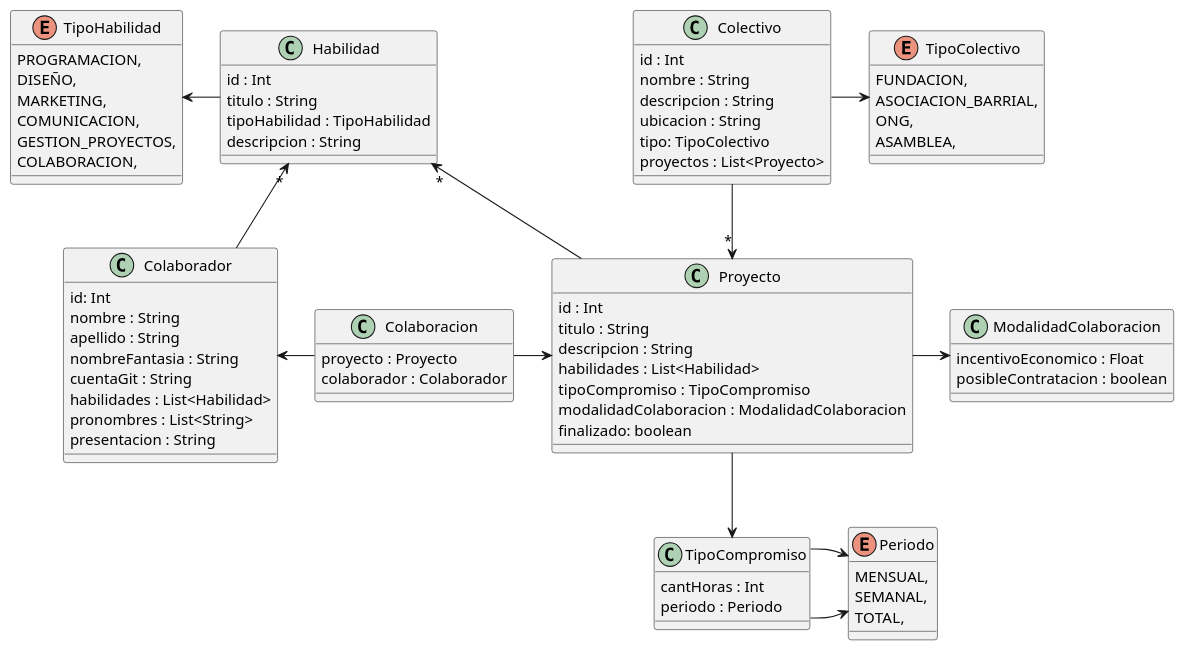
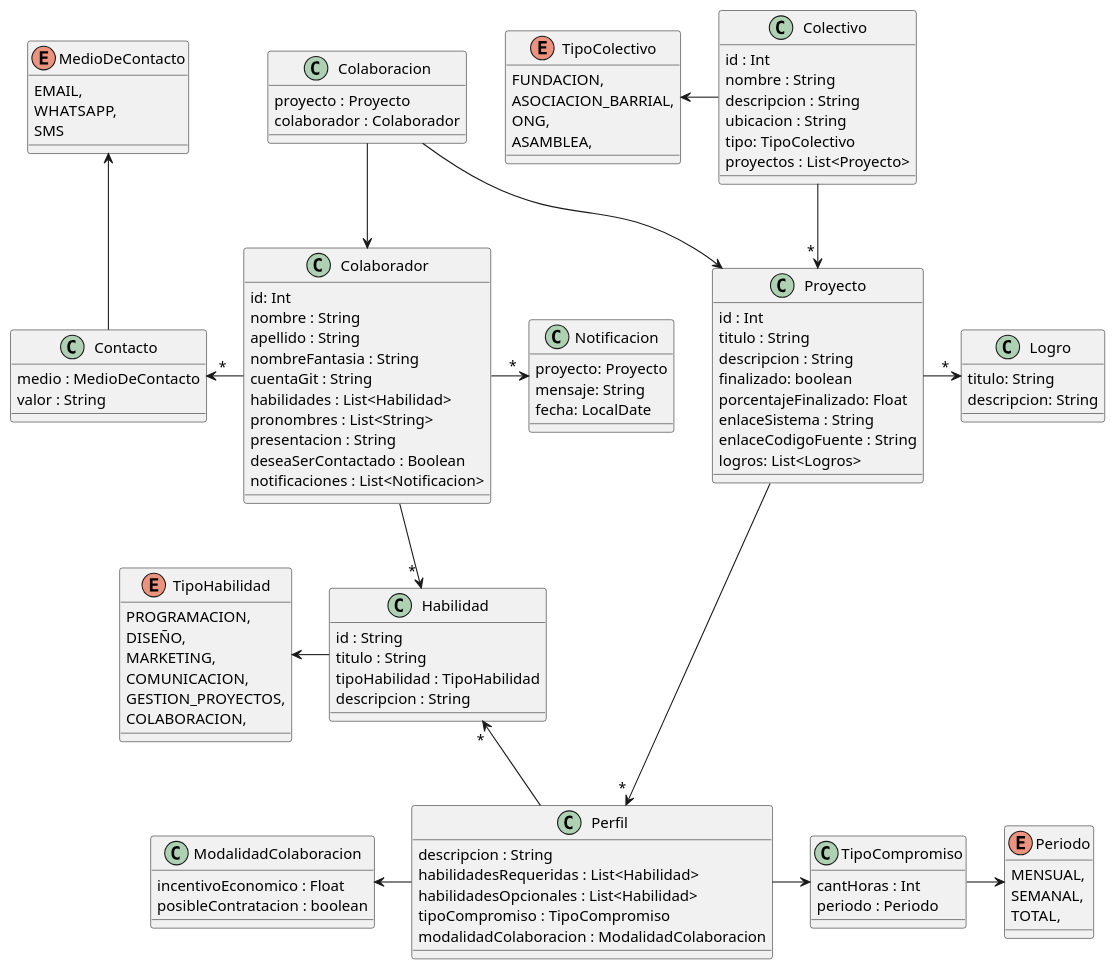
One commit to luchoetapia/tp_ddso_grupo_4 changed the diagram in diagramaDeClases.puml. Above: the diagram before and after it, drawn with PlantUML.

Commit message:
Feat: Agrego cambios del dominio de la Entrega 2 al Diagrama de clases

```diff
--- a/diagramaDeClases.puml
+++ b/diagramaDeClases.puml
@@ -1,92 +1,135 @@
 @startuml
 
 class Colectivo {
 id : Int
 nombre : String
 descripcion : String
 ubicacion : String
 tipo: TipoColectivo
 proyectos : List<Proyecto>
 }
 
+'(Fran): Aca sacaría el finalizado y le dejearía el porcentaje solo.
 class Proyecto {
 id : Int 
 titulo : String
 descripcion : String
-habilidades : List<Habilidad>
+finalizado: boolean
+porcentajeFinalizado: Float
+enlaceSistema : String
+enlaceCodigoFuente : String
+logros: List<Logros>
+}
+
+'(Fran): No estoy seguro que mas agregarle a los logros, consultar.
+class Logro {
+titulo: String
+descripcion: String
+}
+
+class Perfil {
+descripcion : String
+habilidadesRequeridas : List<Habilidad>
+habilidadesOpcionales : List<Habilidad>
 tipoCompromiso : TipoCompromiso
 modalidadColaboracion : ModalidadColaboracion
-finalizado: boolean
 }
 
 class TipoCompromiso {
 cantHoras : Int
 periodo : Periodo
 }
 
+' Cambio el id a String, porque el enunciado dice que es el titulo normalizado.
 class Habilidad {
-id : Int
+id : String
 titulo : String
 tipoHabilidad : TipoHabilidad
 descripcion : String
 }
 
 class Colaborador{
 id: Int
 nombre : String
 apellido : String
 nombreFantasia : String
 cuentaGit : String
 habilidades : List<Habilidad>
 pronombres : List<String>
 presentacion : String
+deseaSerContactado : Boolean
+notificaciones : List<Notificacion>
+}
+
+class Contacto {
+medio : MedioDeContacto
+valor : String
+}
+
+enum MedioDeContacto {
+EMAIL,
+WHATSAPP,
+SMS
+}
+
+class Notificacion {
+proyecto: Proyecto
+mensaje: String
+fecha: LocalDate
 }
 
 class Colaboracion {
 proyecto : Proyecto
 colaborador : Colaborador
 }
 
 class ModalidadColaboracion {
 incentivoEconomico : Float
 posibleContratacion : boolean
 }
 
 enum TipoColectivo {
 FUNDACION, 
 ASOCIACION_BARRIAL, 
 ONG, 
 ASAMBLEA,
 }
 
 enum Periodo {
 MENSUAL, 
 SEMANAL, 
 TOTAL,
 }
 
 enum TipoHabilidad {
 PROGRAMACION, 
 DISEÑO, 
 MARKETING, 
 COMUNICACION, 
 GESTION_PROYECTOS, 
 COLABORACION,
 }
 
-Colectivo -d-> "*" Proyecto
-Colectivo -r-> TipoColectivo
+Colectivo -d-> " * " Proyecto
+Colectivo -l-> TipoColectivo
 
-Proyecto -> "*" Habilidad
-Proyecto -d-> TipoCompromiso
-Proyecto -> ModalidadColaboracion
+Proyecto -d-> " * " Perfil
+Proyecto -> " * " Logro
 
-Colaboracion -> Proyecto
-Colaborador <- Colaboracion
-Colaborador -u-> "*" Habilidad
+Perfil -r-> TipoCompromiso
+Perfil -l-> ModalidadColaboracion
+Perfil -u-> " * " Habilidad
+
+Colaboracion -d-> Proyecto
+
+Colaborador <-u- Colaboracion
+Colaborador -d-> " * " Habilidad
+Colaborador -l-> " * " Contacto
+Colaborador -> " * " Notificacion
+
+Contacto -u-> MedioDeContacto
 
 TipoCompromiso -r-> Periodo
+
 Habilidad -l-> TipoHabilidad
-
-TipoCompromiso -> Periodo
 @enduml
```
